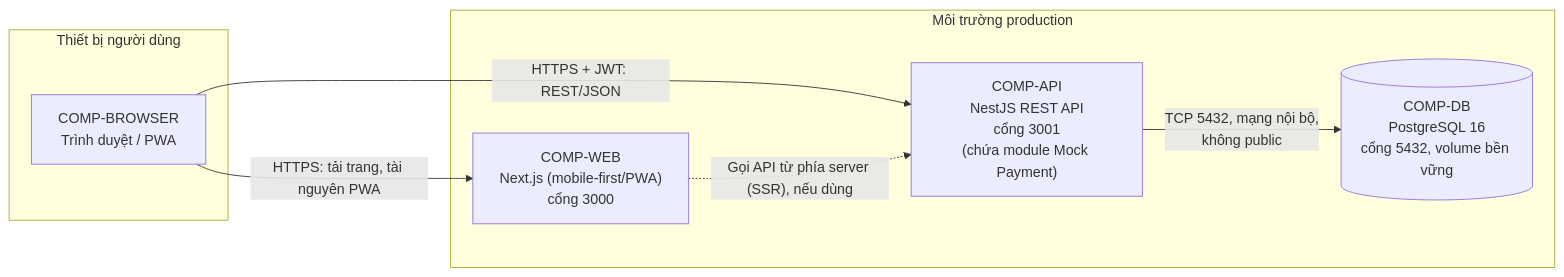
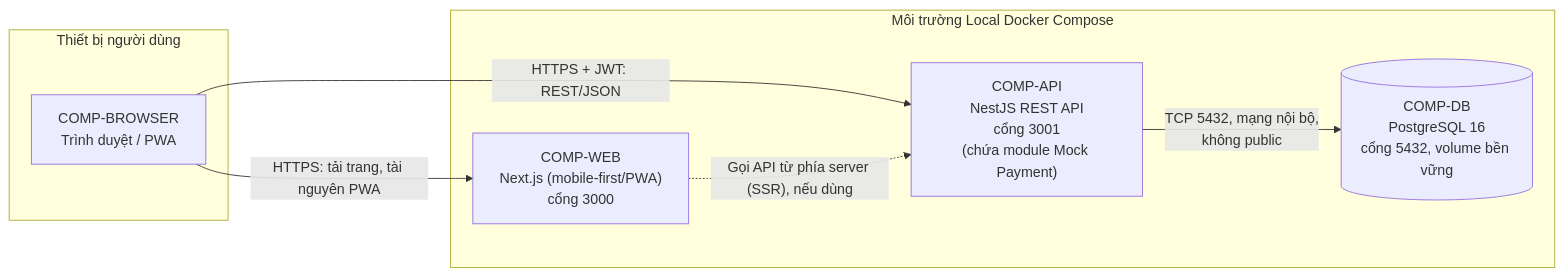
One commit to lmhau68/BrewLite2 changed the second of 3 diagrams in docs/architecture/architecture.md. Above: the diagram before and after it, drawn with Mermaid. The commit also changed other lines of this file and 2 other files, not shown here.

Commit message:
docs: Chuyển trạng thái ADR-006 sang Accepted, ghi rõ nền tảng Local Docker Compose

````diff
--- a/docs/architecture/architecture.md
+++ b/docs/architecture/architecture.md
@@ -36,17 +36,17 @@
 ```mermaid
 flowchart LR
     subgraph USER["Thiết bị người dùng"]
         BROWSER["COMP-BROWSER<br/>Trình duyệt / PWA"]
     end
 
-    subgraph PROD["Môi trường production"]
+    subgraph PROD["Môi trường Local Docker Compose"]
         WEB["COMP-WEB<br/>Next.js (mobile-first/PWA)<br/>cổng 3000"]
         API["COMP-API<br/>NestJS REST API<br/>cổng 3001<br/>(chứa module Mock Payment)"]
         DB[("COMP-DB<br/>PostgreSQL 16<br/>cổng 5432, volume bền vững")]
     end
 
     BROWSER -->|"HTTPS: tải trang, tài nguyên PWA"| WEB
     BROWSER -->|"HTTPS + JWT: REST/JSON"| API
     WEB -.->|"Gọi API từ phía server (SSR), nếu dùng"| API
     API -->|"TCP 5432, mạng nội bộ,<br/>không public"| DB
 ```
````
